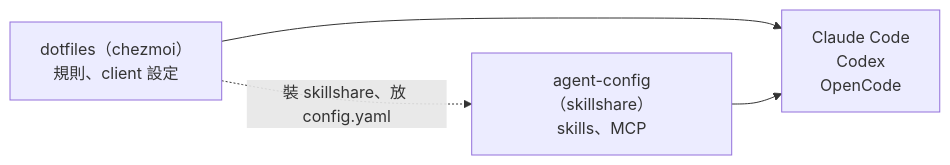
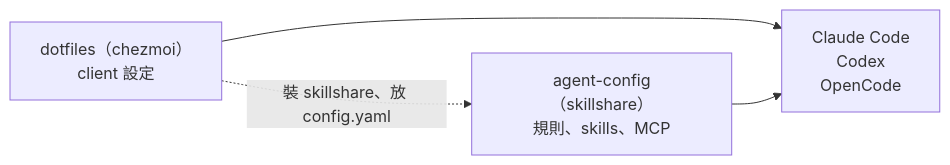
Before and after one commit to henry5720/agent-config: the first of 2 diagrams in README.md, drawn with Mermaid. The commit also changed other lines of this file and 2 other files, not shown here.

First line of the commit message:
指令檔改由 skillshare extras 連結，更新 AGENTS.md、GLOSSARY、README

````diff
--- a/README.md
+++ b/README.md
@@ -6,10 +6,10 @@
 ```mermaid
 flowchart LR
-  dotfiles["dotfiles（chezmoi）<br/>規則、client 設定"]
-  agentconfig["agent-config（skillshare）<br/>skills、MCP"]
+  dotfiles["dotfiles（chezmoi）<br/>client 設定"]
+  agentconfig["agent-config（skillshare）<br/>規則、skills、MCP"]
   clients["Claude Code<br/>Codex<br/>OpenCode"]
 
   dotfiles --> clients
   agentconfig --> clients
   dotfiles -. "裝 skillshare、放 config.yaml" .-> agentconfig
 ```
````
